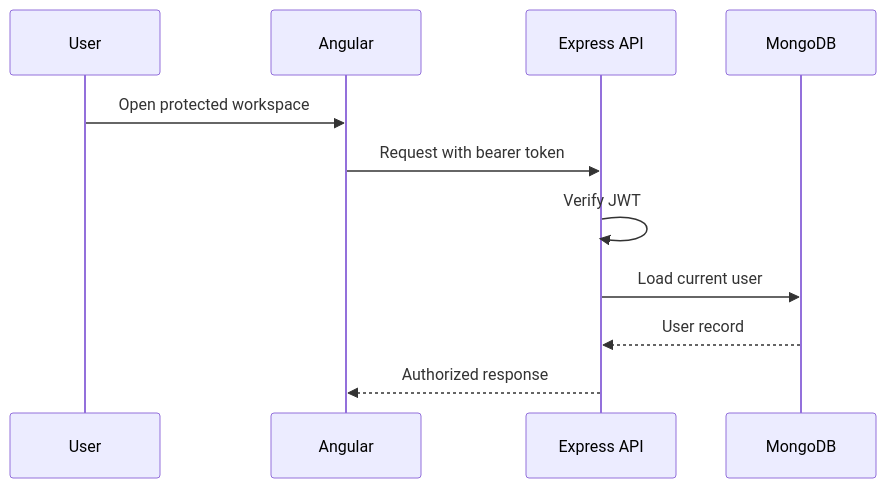
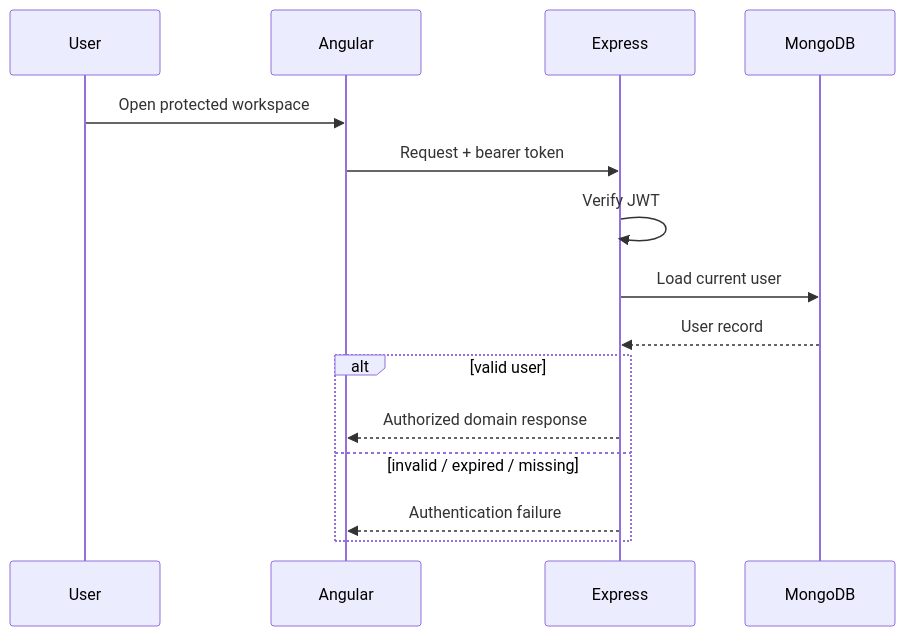
One commit to HidayahMF/PadelLifeHub changed the third of 7 diagrams in docs/development-pipeline.md. Above: the diagram before and after it, drawn with Mermaid. The commit also changed other lines of this file, not shown here.

````diff
--- a/docs/development-pipeline.md
+++ b/docs/development-pipeline.md
@@ -28,14 +58,18 @@
 ```mermaid
 sequenceDiagram
     participant U as User
     participant F as Angular
-    participant A as Express API
+    participant A as Express
     participant D as MongoDB
 
     U->>F: Open protected workspace
-    F->>A: Request with bearer token
+    F->>A: Request + bearer token
     A->>A: Verify JWT
     A->>D: Load current user
     D-->>A: User record
-    A-->>F: Authorized response
+    alt valid user
+        A-->>F: Authorized domain response
+    else invalid / expired / missing
+        A-->>F: Authentication failure
+    end
 ```
````
